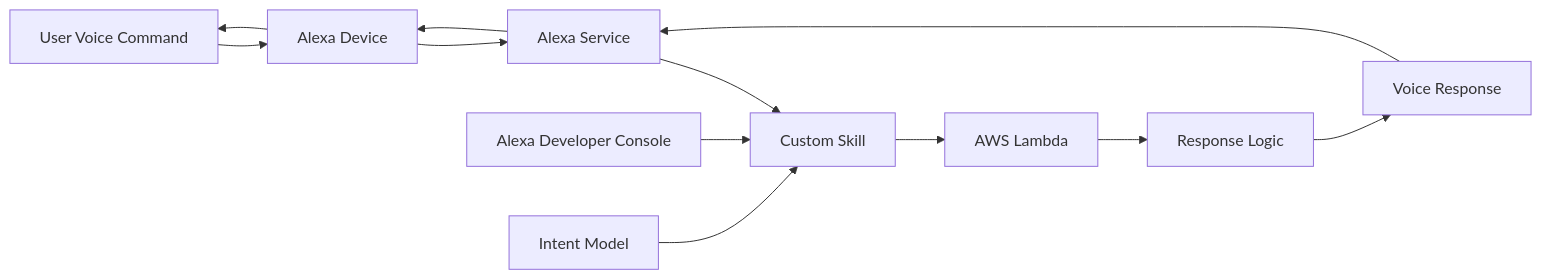
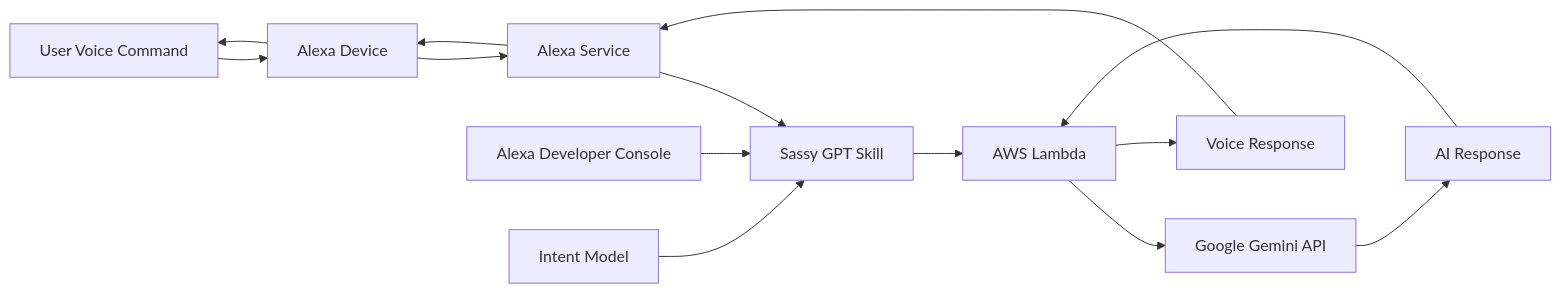
Before and after one commit to omesh7/aws-portfolio: the diagram in 03-custom-alexa-skill/README.md, drawn with Mermaid. The commit also changed other lines of this file and 38 other files, not shown here.

First line of the commit message:
Revamp Alexa skill with Gemini AI integration

````diff
--- a/03-custom-alexa-skill/README.md
+++ b/03-custom-alexa-skill/README.md
@@ -23,15 +23,17 @@
 ```mermaid
 graph LR
     A[User Voice Command] --> B[Alexa Device]
     B --> C[Alexa Service]
-    C --> D[Custom Skill]
+    C --> D[Sassy GPT Skill]
     D --> E[AWS Lambda]
-    E --> F[Response Logic]
-    F --> G[Voice Response]
-    G --> C
+    E --> F[Google Gemini API]
+    F --> G[AI Response]
+    G --> E
+    E --> H[Voice Response]
+    H --> C
     C --> B
     B --> A
     
-    H[Alexa Developer Console] --> D
-    I[Intent Model] --> D
+    I[Alexa Developer Console] --> D
+    J[Intent Model] --> D
 ```
````
